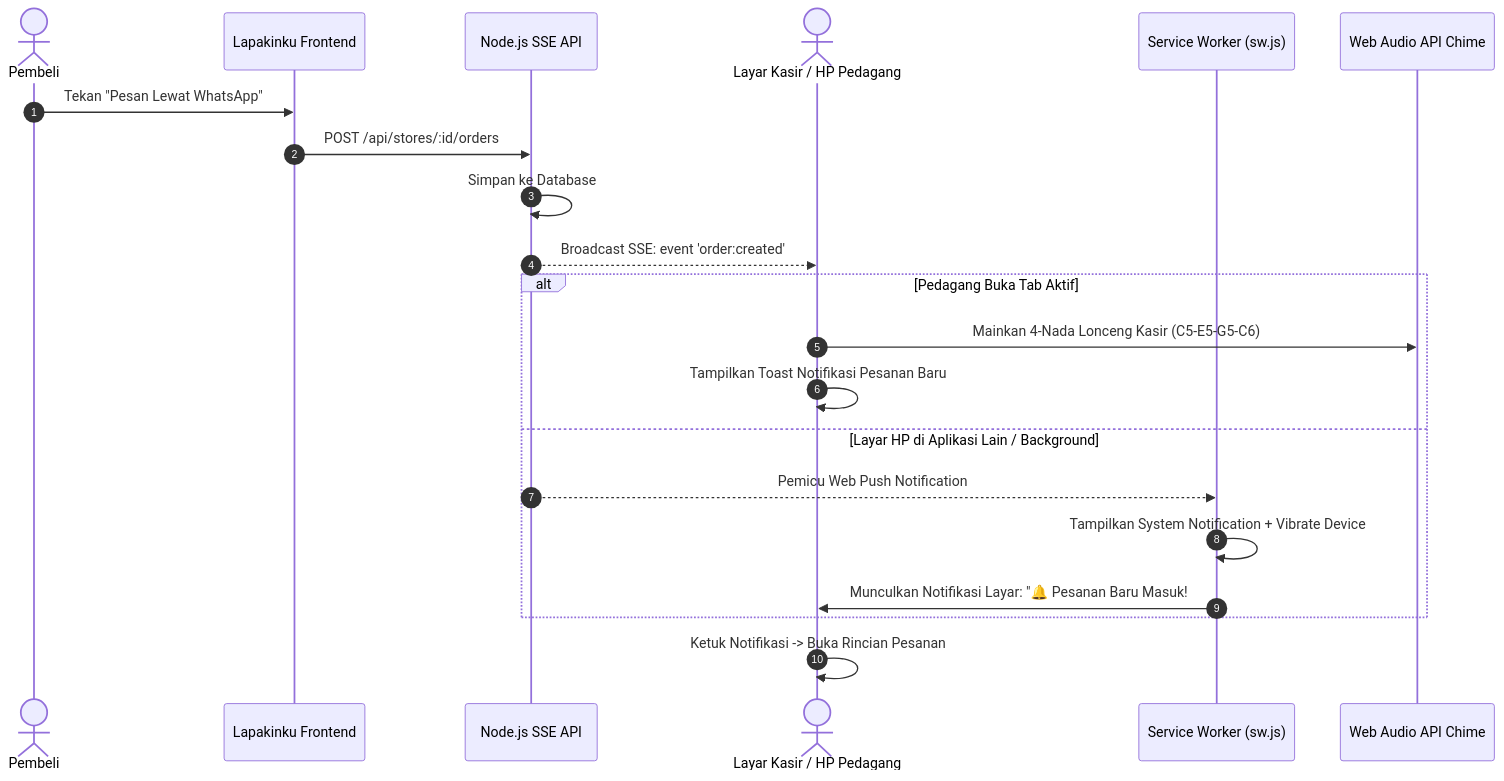
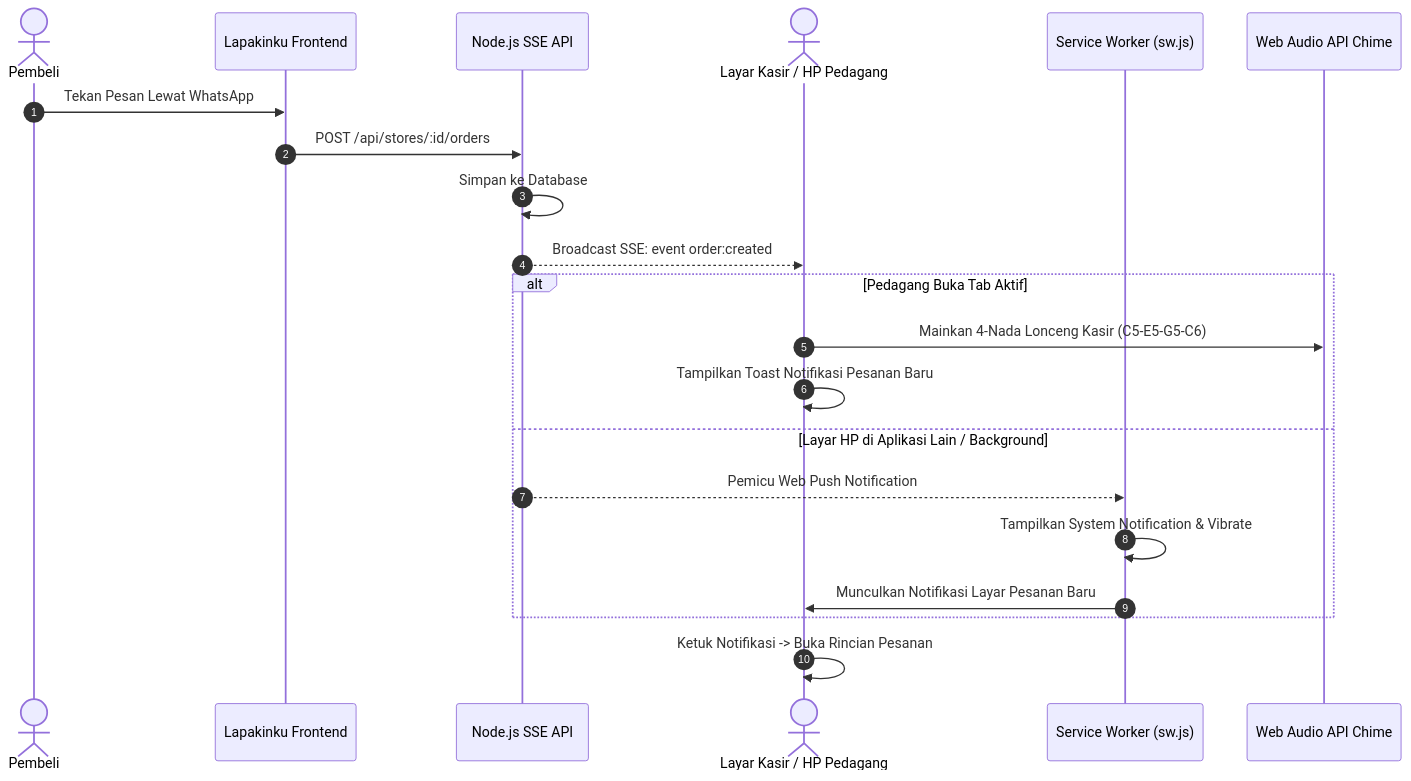
The fourth of 4 diagrams in README.md (MohammadNasrullohh/lapakinku), drawn with Mermaid before and after one commit. The commit also changed other lines of this file, not shown here.

Commit message:
fix(docs): optimize Mermaid flowcharts syntax for GitHub renderer

````diff
--- a/README.md
+++ b/README.md
@@ -177,26 +177,26 @@
 ```mermaid
 sequenceDiagram
     autonumber
     actor Pembeli
     participant App as Lapakinku Frontend
     participant Server as Node.js SSE API
     actor Pedagang as Layar Kasir / HP Pedagang
     participant SW as Service Worker (sw.js)
     participant Audio as Web Audio API Chime
 
-    Pembeli->>App: Tekan "Pesan Lewat WhatsApp"
+    Pembeli->>App: Tekan Pesan Lewat WhatsApp
     App->>Server: POST /api/stores/:id/orders
     Server->>Server: Simpan ke Database
-    Server-->>Pedagang: Broadcast SSE: event 'order:created'
+    Server-->>Pedagang: Broadcast SSE: event order:created
     
     alt Pedagang Buka Tab Aktif
         Pedagang->>Audio: Mainkan 4-Nada Lonceng Kasir (C5-E5-G5-C6)
         Pedagang->>Pedagang: Tampilkan Toast Notifikasi Pesanan Baru
     else Layar HP di Aplikasi Lain / Background
         Server-->>SW: Pemicu Web Push Notification
-        SW->>SW: Tampilkan System Notification + Vibrate Device
-        SW->>Pedagang: Munculkan Notifikasi Layar: "🔔 Pesanan Baru Masuk! #ORD..."
+        SW->>SW: Tampilkan System Notification & Vibrate
+        SW->>Pedagang: Munculkan Notifikasi Layar Pesanan Baru
     end
 
     Pedagang->>Pedagang: Ketuk Notifikasi -> Buka Rincian Pesanan
 ```
````
